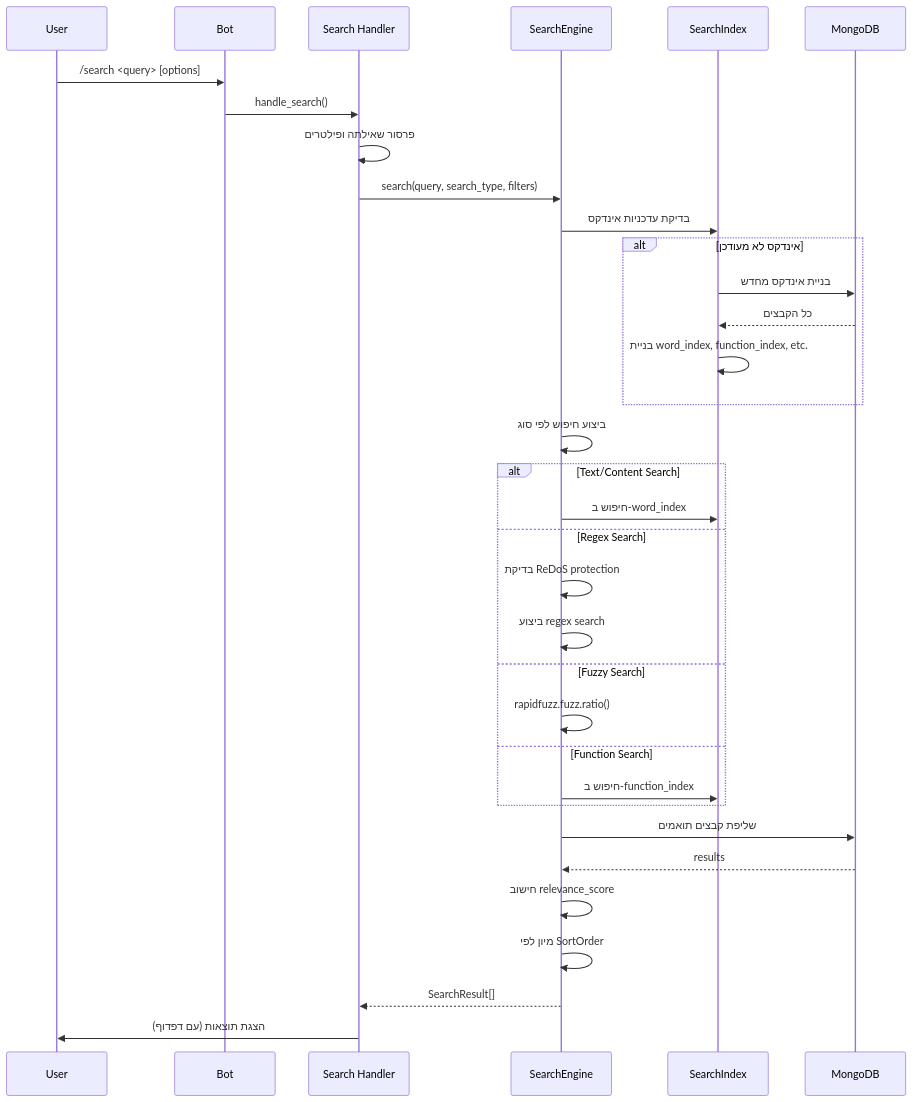
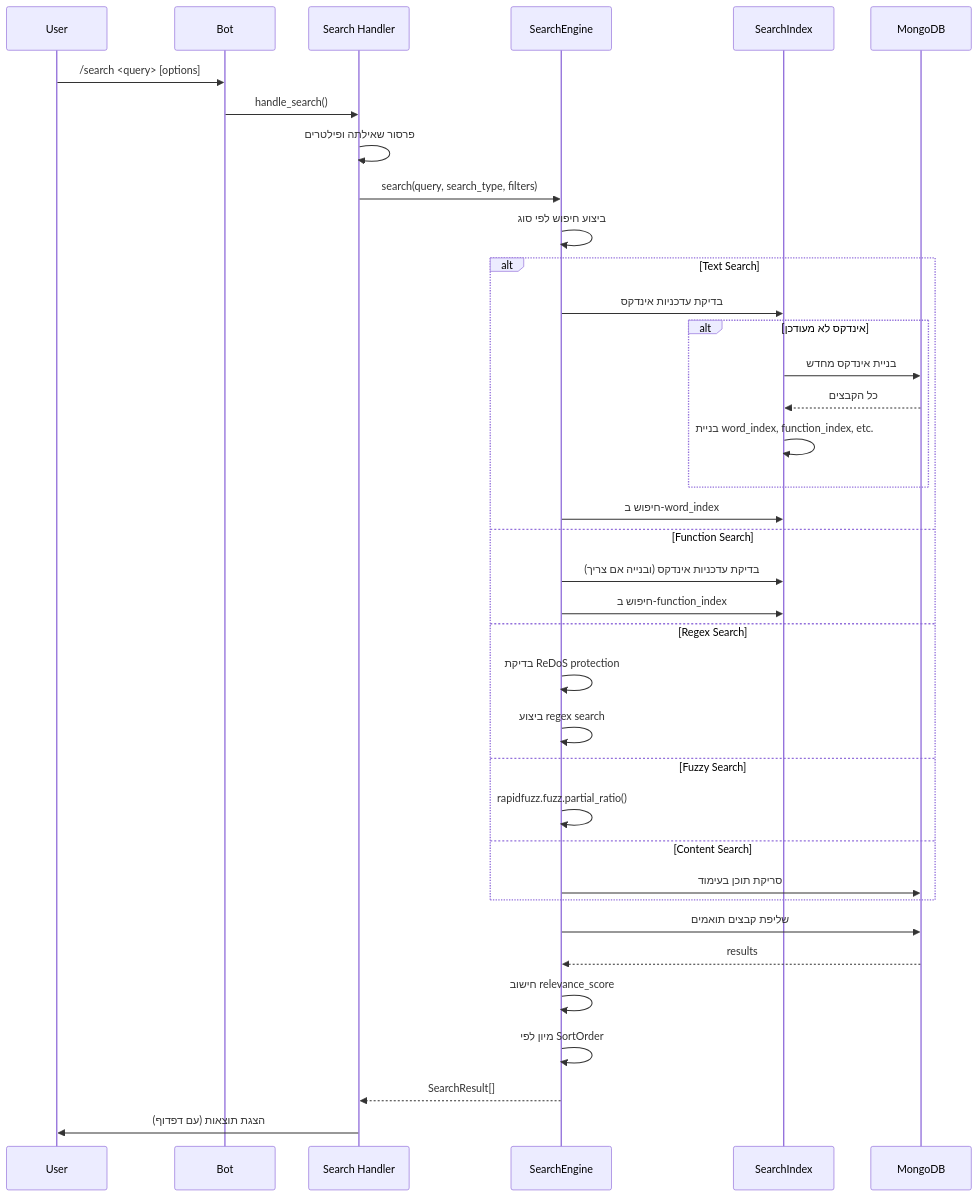
Before and after one commit to amirbiron/CodeBot: the diagram in docs/workflows/search-flow.rst, drawn with Mermaid. The commit also changed other lines of this file and 11 other files, not shown here.

```diff
--- a/docs/workflows/search-flow.rst
+++ b/docs/workflows/search-flow.rst
@@ -72,40 +72,42 @@
 .. mermaid::
 
    sequenceDiagram
        participant U as User
        participant B as Bot
        participant H as Search Handler
        participant SE as SearchEngine
        participant IDX as SearchIndex
        participant DB as MongoDB
 
        U->>B: /search <query> [options]
        B->>H: handle_search()
        H->>H: פרסור שאילתה ופילטרים
        H->>SE: search(query, search_type, filters)
        
-       SE->>IDX: בדיקת עדכניות אינדקס
-       alt אינדקס לא מעודכן
-         IDX->>DB: בניית אינדקס מחדש
-         DB-->>IDX: כל הקבצים
-         IDX->>IDX: בניית word_index, function_index, etc.
-       end
-       
        SE->>SE: ביצוע חיפוש לפי סוג
-       alt Text/Content Search
+       alt Text Search
+         SE->>IDX: בדיקת עדכניות אינדקס
+         alt אינדקס לא מעודכן
+           IDX->>DB: בניית אינדקס מחדש
+           DB-->>IDX: כל הקבצים
+           IDX->>IDX: בניית word_index, function_index, etc.
+         end
          SE->>IDX: חיפוש ב-word_index
+       else Function Search
+         SE->>IDX: בדיקת עדכניות אינדקס (ובנייה אם צריך)
+         SE->>IDX: חיפוש ב-function_index
        else Regex Search
          SE->>SE: בדיקת ReDoS protection
          SE->>SE: ביצוע regex search
        else Fuzzy Search
-         SE->>SE: rapidfuzz.fuzz.ratio()
-       else Function Search
-         SE->>IDX: חיפוש ב-function_index
+         SE->>SE: rapidfuzz.fuzz.partial_ratio()
+       else Content Search
+         SE->>DB: סריקת תוכן בעימוד
        end
        
        SE->>DB: שליפת קבצים תואמים
        DB-->>SE: results
        SE->>SE: חישוב relevance_score
        SE->>SE: מיון לפי SortOrder
        SE-->>H: SearchResult[]
        H->>U: הצגת תוצאות (עם דפדוף)
```
